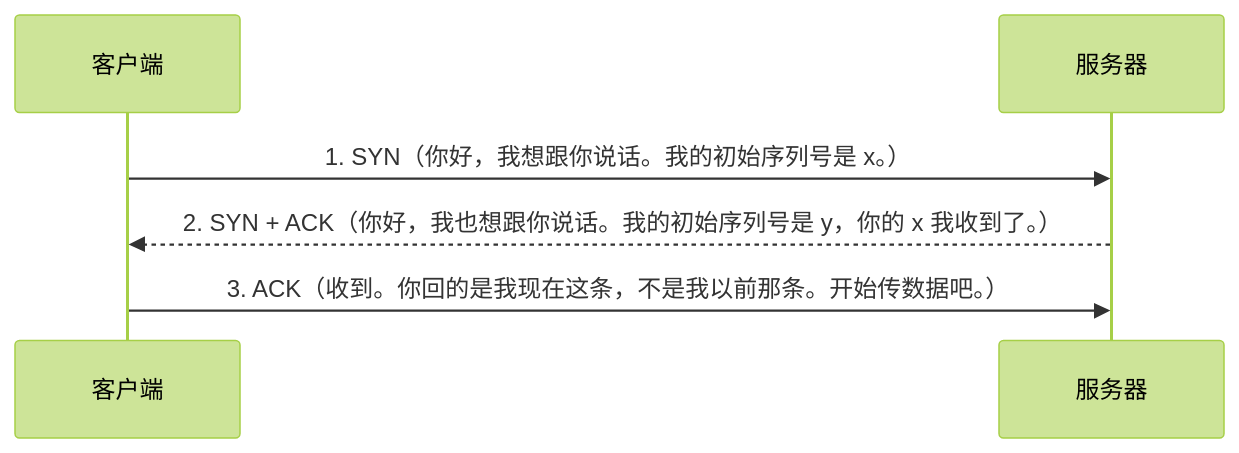
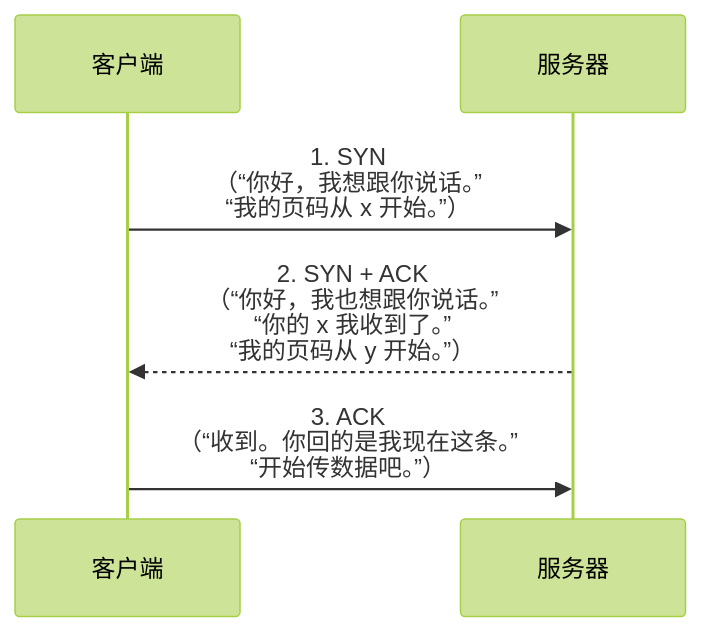
Before and after one commit to TheSilentOne-creator/The-Book-of-the-Night-Keeper: diagram 13 of 14 in 中文 (Chinese)/05. 这才是网络安全 (全六季)/1. 这才是网络安全·第一季：筑基/1. 这才是网络安全·第一季：筑基.md, drawn with Mermaid (forest theme). The commit also changed other lines of this file and 1 other file, not shown here.

````diff
--- a/中文 (Chinese)/05. 这才是网络安全 (全六季)/1. 这才是网络安全·第一季：筑基/1. 这才是网络安全·第一季：筑基.md
+++ b/中文 (Chinese)/05. 这才是网络安全 (全六季)/1. 这才是网络安全·第一季：筑基/1. 这才是网络安全·第一季：筑基.md
@@ -3325,6 +3322,6 @@
 ```mermaid
 sequenceDiagram
-    客户端->>服务器: 1. SYN（你好，我想跟你说话。我的初始序列号是 x。）
-    服务器-->>客户端: 2. SYN + ACK（你好，我也想跟你说话。我的初始序列号是 y，你的 x 我收到了。）
-    客户端->>服务器: 3. ACK（收到。你回的是我现在这条，不是我以前那条。开始传数据吧。）
+    客户端->>服务器: 1. SYN<br>（“你好，我想跟你说话。”<br>“我的页码从 x 开始。”）
+    服务器-->>客户端: 2. SYN + ACK<br>（“你好，我也想跟你说话。”<br>“你的 x 我收到了。”<br>“我的页码从 y 开始。”）
+    客户端->>服务器: 3. ACK<br>（“收到。你回的是我现在这条。”<br>“开始传数据吧。”）
 ```
````
